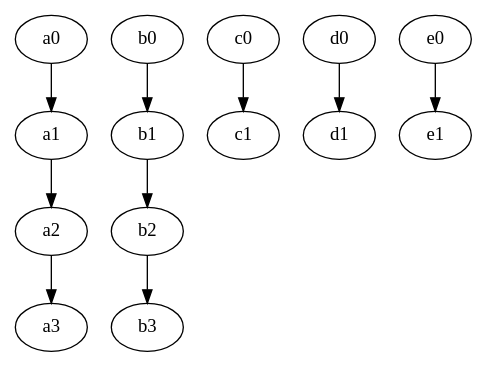
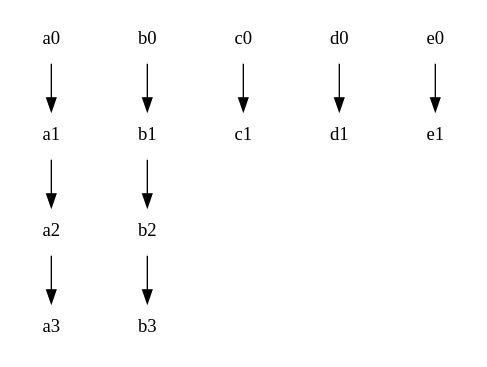
The diagram in github_integration.gv (rickyyean/blog1), drawn with Graphviz before and after one commit.

```diff
--- a/github_integration.gv
+++ b/github_integration.gv
@@ -1,33 +1,38 @@
 digraph {
   subgraph github {
     label = "Github";
     color=lightgrey;
     style=filled;
+    node [style=filled,color=white];
     a0 -> a1 -> a2 -> a3;
   }
   subgraph capta {
     label = "Capta";
     color=lightgrey;
     style=filled;
+    node [style=filled,color=white];
     b0 -> b1 -> b2 -> b3;
   }
   subgraph capta_webhook {
     label = "Capta Webhook";
     color=lightgrey;
     style=filled;
+    node [style=filled,color=white];
     c0 -> c1;
   }
   subgraph db {
     label = "Database";
     color=lightgrey;
     style=filled;
+    node [style=filled,color=white];
     d0 -> d1;
   }
   subgraph s3 {
-    label = "S3";
+    label="S3";
     color=lightgrey;
     style=filled;
+    node [style=filled,color=white];
     e0 -> e1;
   }
 
 }
```
